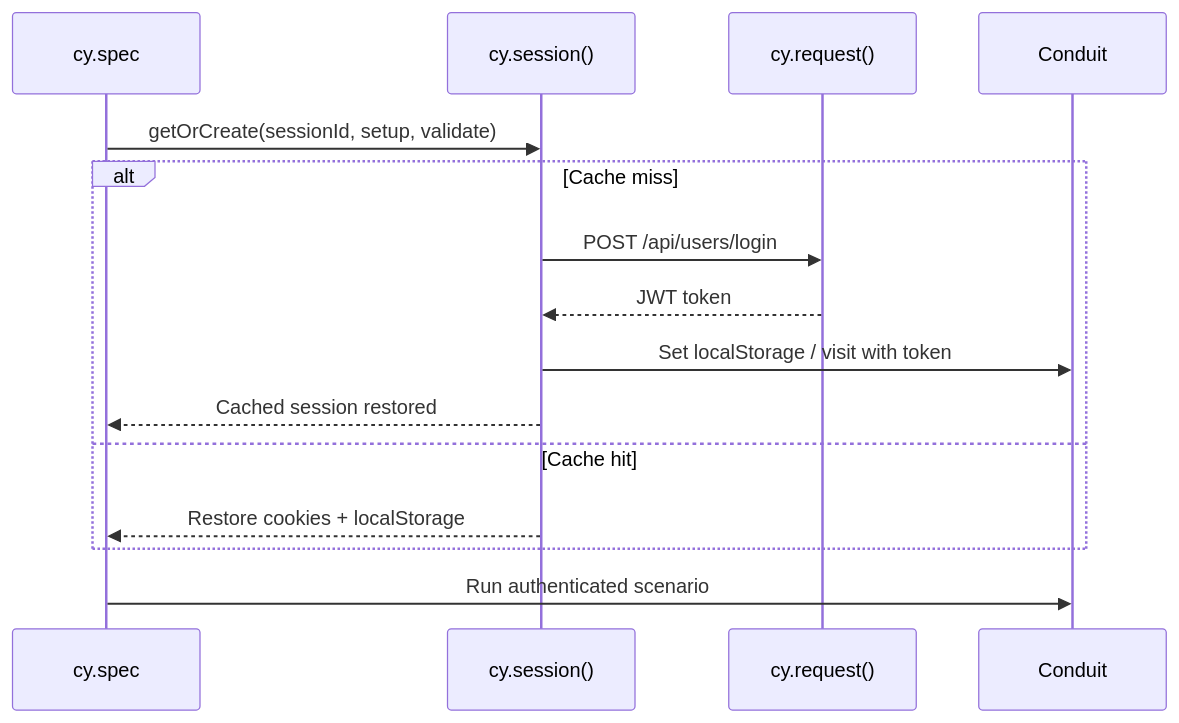
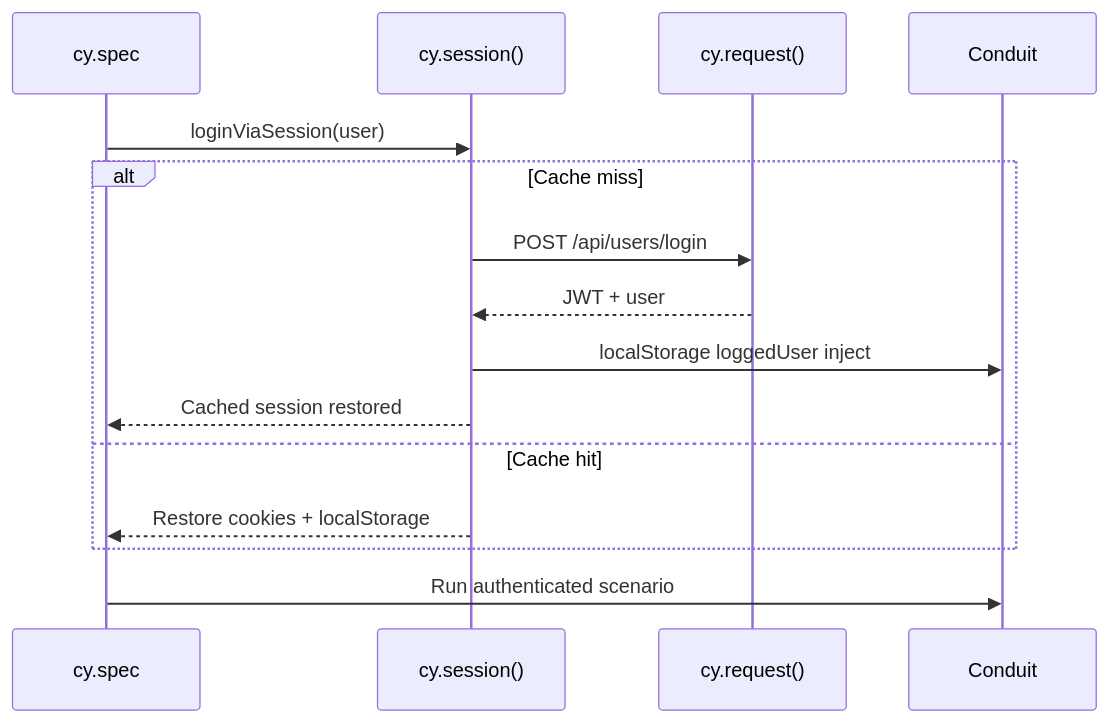
The first of 2 diagrams in migration/analysis/auth-flow-comparison.md (mahzereen/cypress-to-playwrite-migration), drawn with Mermaid before and after one commit. The commit also changed other lines of this file and 12 other files, not shown here.

````diff
--- a/migration/analysis/auth-flow-comparison.md
+++ b/migration/analysis/auth-flow-comparison.md
@@ -26,18 +29,18 @@
 ```mermaid
 sequenceDiagram
     participant Test as cy.spec
     participant Session as cy.session()
     participant API as cy.request()
     participant App as Conduit
 
-    Test->>Session: getOrCreate(sessionId, setup, validate)
+    Test->>Session: loginViaSession(user)
     alt Cache miss
         Session->>API: POST /api/users/login
-        API-->>Session: JWT token
-        Session->>App: Set localStorage / visit with token
+        API-->>Session: JWT + user
+        Session->>App: localStorage loggedUser inject
         Session-->>Test: Cached session restored
     else Cache hit
         Session-->>Test: Restore cookies + localStorage
     end
     Test->>App: Run authenticated scenario
 ```
````
